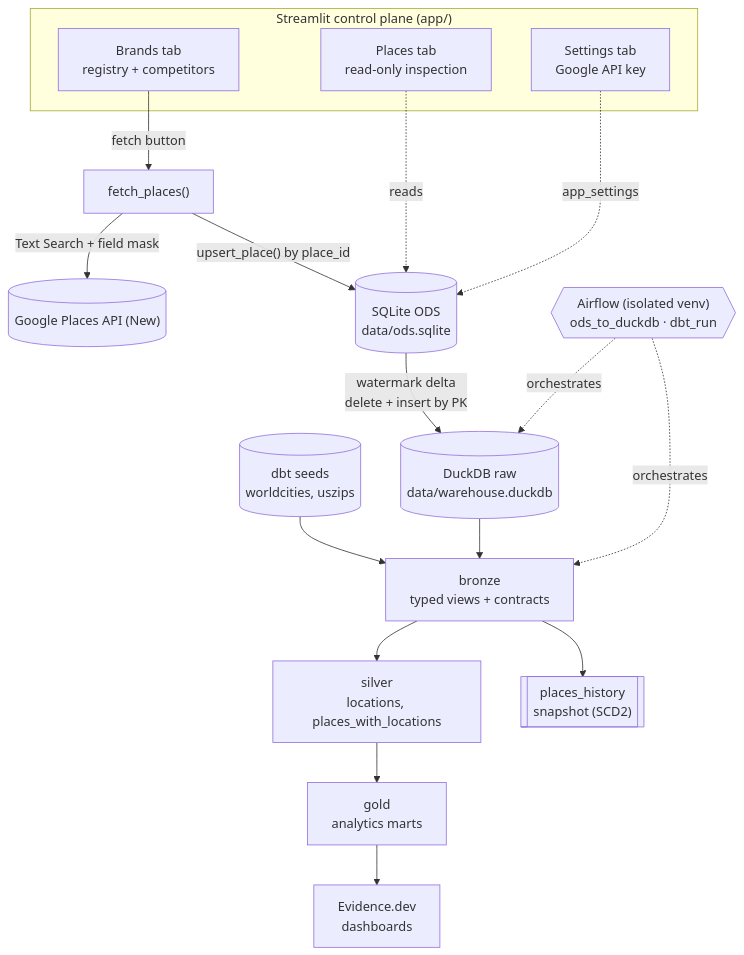
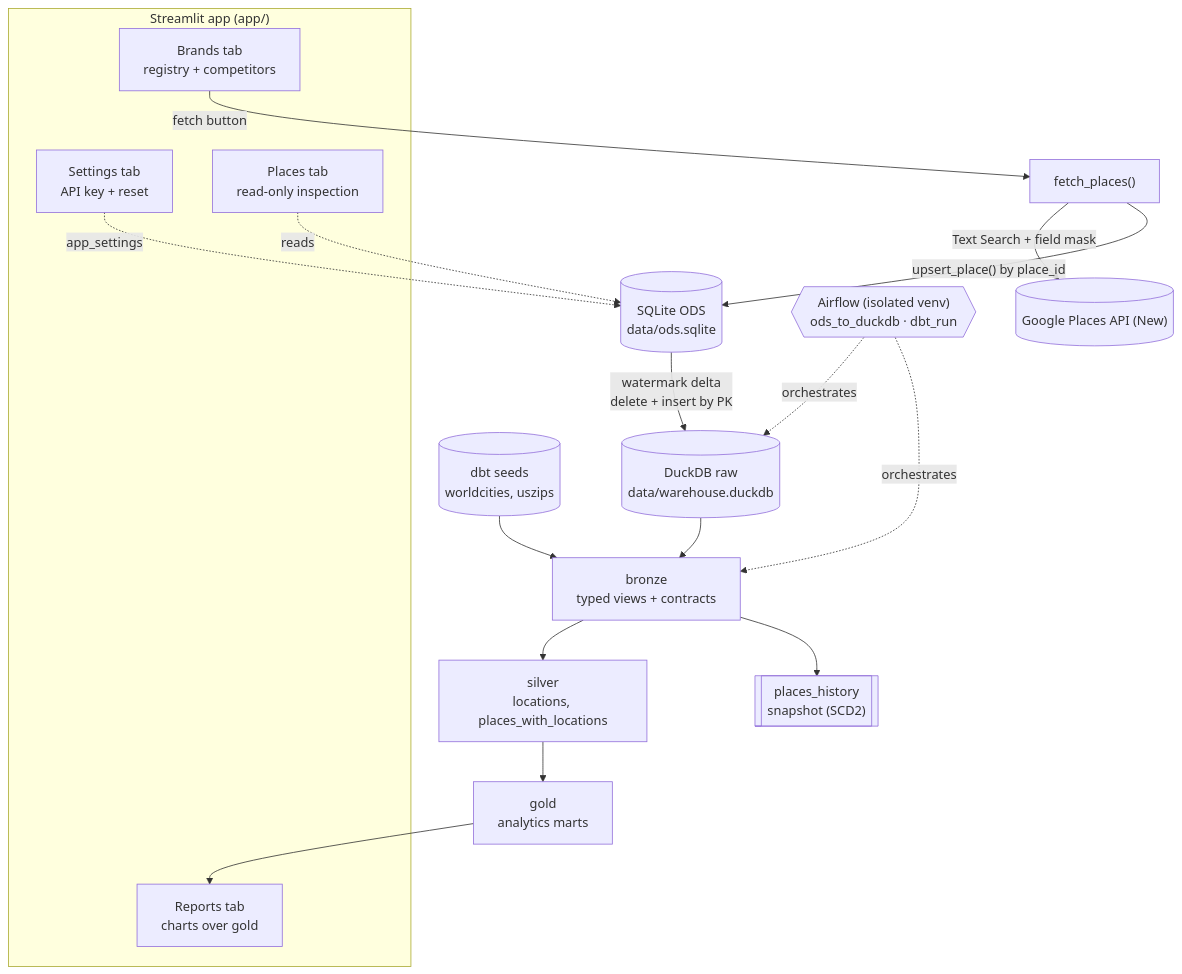
Before and after one commit to lakshmanmallidi/whitespace_analyzer: the diagram in architecture.md, drawn with Mermaid. The commit also changed other lines of this file and 22 other files, not shown here.

Commit message:
Added reports into streamlit

````diff
--- a/architecture.md
+++ b/architecture.md
@@ -30,25 +30,26 @@
 ```mermaid
 flowchart TD
-    subgraph Control["Streamlit control plane (app/)"]
+    subgraph App["Streamlit app (app/)"]
         BRANDS["Brands tab<br/>registry + competitors"]
-        SETTINGS["Settings tab<br/>Google API key"]
+        SETTINGS["Settings tab<br/>API key + reset"]
         PLACES["Places tab<br/>read-only inspection"]
+        REPORTS["Reports tab<br/>charts over gold"]
     end
 
     BRANDS -->|fetch button| FETCH["fetch_places()"]
     FETCH -->|"Text Search + field mask"| API[("Google Places API (New)")]
     FETCH -->|"upsert_place() by place_id"| ODS[("SQLite ODS<br/>data/ods.sqlite")]
     PLACES -.->|reads| ODS
     SETTINGS -.->|app_settings| ODS
 
     ODS -->|"watermark delta<br/>delete + insert by PK"| RAW[("DuckDB raw<br/>data/warehouse.duckdb")]
     SEEDS[("dbt seeds<br/>worldcities, uszips")] --> BRONZE
     RAW --> BRONZE["bronze<br/>typed views + contracts"]
     BRONZE --> SILVER["silver<br/>locations, places_with_locations"]
     BRONZE --> SNAP[["places_history<br/>snapshot (SCD2)"]]
     SILVER --> GOLD["gold<br/>analytics marts"]
-    GOLD --> EVIDENCE["Evidence.dev<br/>dashboards"]
+    GOLD --> REPORTS
 
     AF{{"Airflow (isolated venv)<br/>ods_to_duckdb · dbt_run"}} -.->|orchestrates| RAW
     AF -.->|orchestrates| BRONZE
 ```
````
